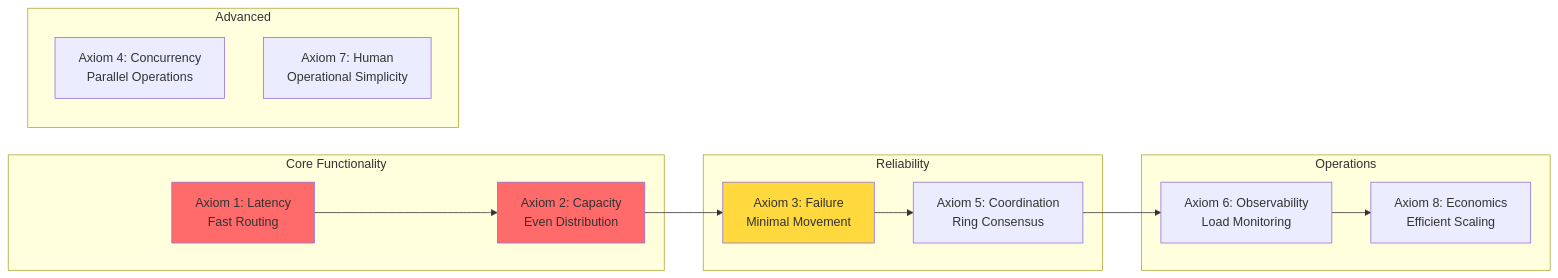
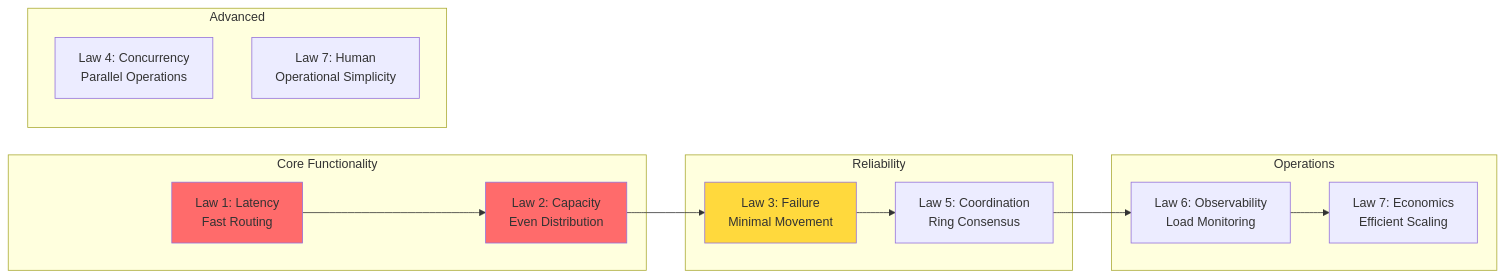
One commit to deepaucksharma/DStudio changed the fifth of 11 diagrams in docs/case-studies/consistent-hashing.md. Above: the diagram before and after it, drawn with Mermaid. The commit also changed other lines of this file and 470 other files, not shown here.

````diff
--- a/docs/case-studies/consistent-hashing.md
+++ b/docs/case-studies/consistent-hashing.md
@@ -977,32 +977,32 @@
 ```mermaid
 graph LR
     subgraph "Core Functionality"
-        A1[Axiom 1: Latency<br/>Fast Routing]
-        A2[Axiom 2: Capacity<br/>Even Distribution]
+        A1[Law 1: Latency<br/>Fast Routing]
+        A2[Law 2: Capacity<br/>Even Distribution]
     end
     
     subgraph "Reliability"
-        A3[Axiom 3: Failure<br/>Minimal Movement]
-        A5[Axiom 5: Coordination<br/>Ring Consensus]
+        A3[Law 3: Failure<br/>Minimal Movement]
+        A5[Law 5: Coordination<br/>Ring Consensus]
     end
     
     subgraph "Operations"
-        A6[Axiom 6: Observability<br/>Load Monitoring]
-        A8[Axiom 8: Economics<br/>Efficient Scaling]
+        A6[Law 6: Observability<br/>Load Monitoring]
+        A8[Law 7: Economics<br/>Efficient Scaling]
     end
     
     subgraph "Advanced"
-        A4[Axiom 4: Concurrency<br/>Parallel Operations]
-        A7[Axiom 7: Human<br/>Operational Simplicity]
+        A4[Law 4: Concurrency<br/>Parallel Operations]
+        A7[Law 7: Human<br/>Operational Simplicity]
     end
     
     A1 --> A2
     A2 --> A3
     A3 --> A5
     A5 --> A6
     A6 --> A8
     
     style A1 fill:#ff6b6b
     style A2 fill:#ff6b6b
     style A3 fill:#ffd93d
 ```
````
